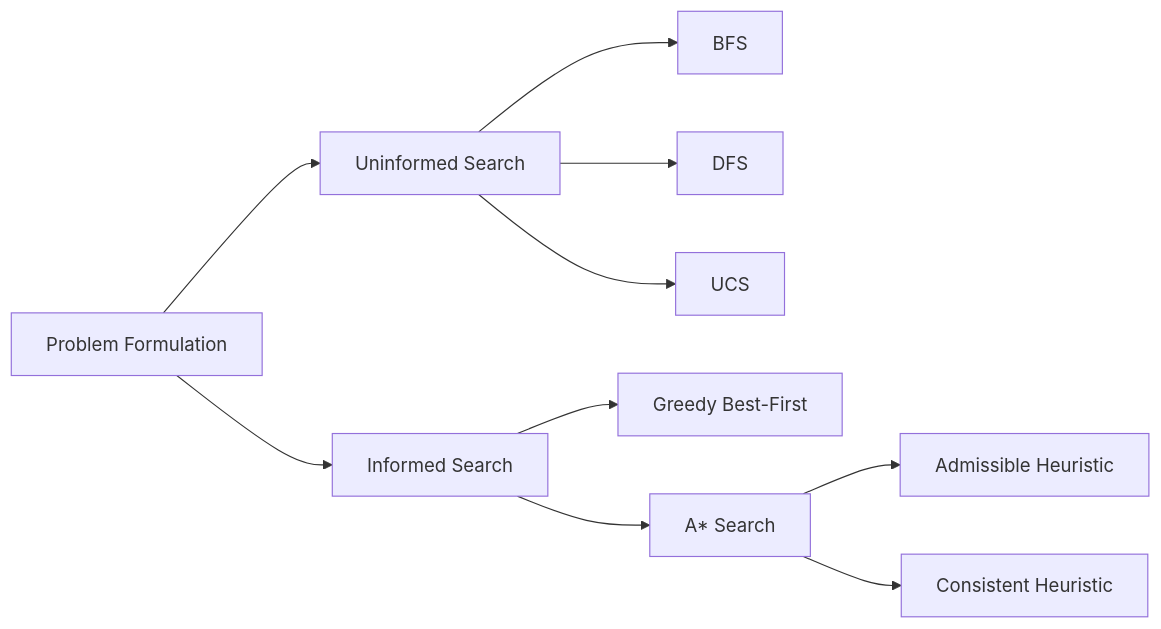
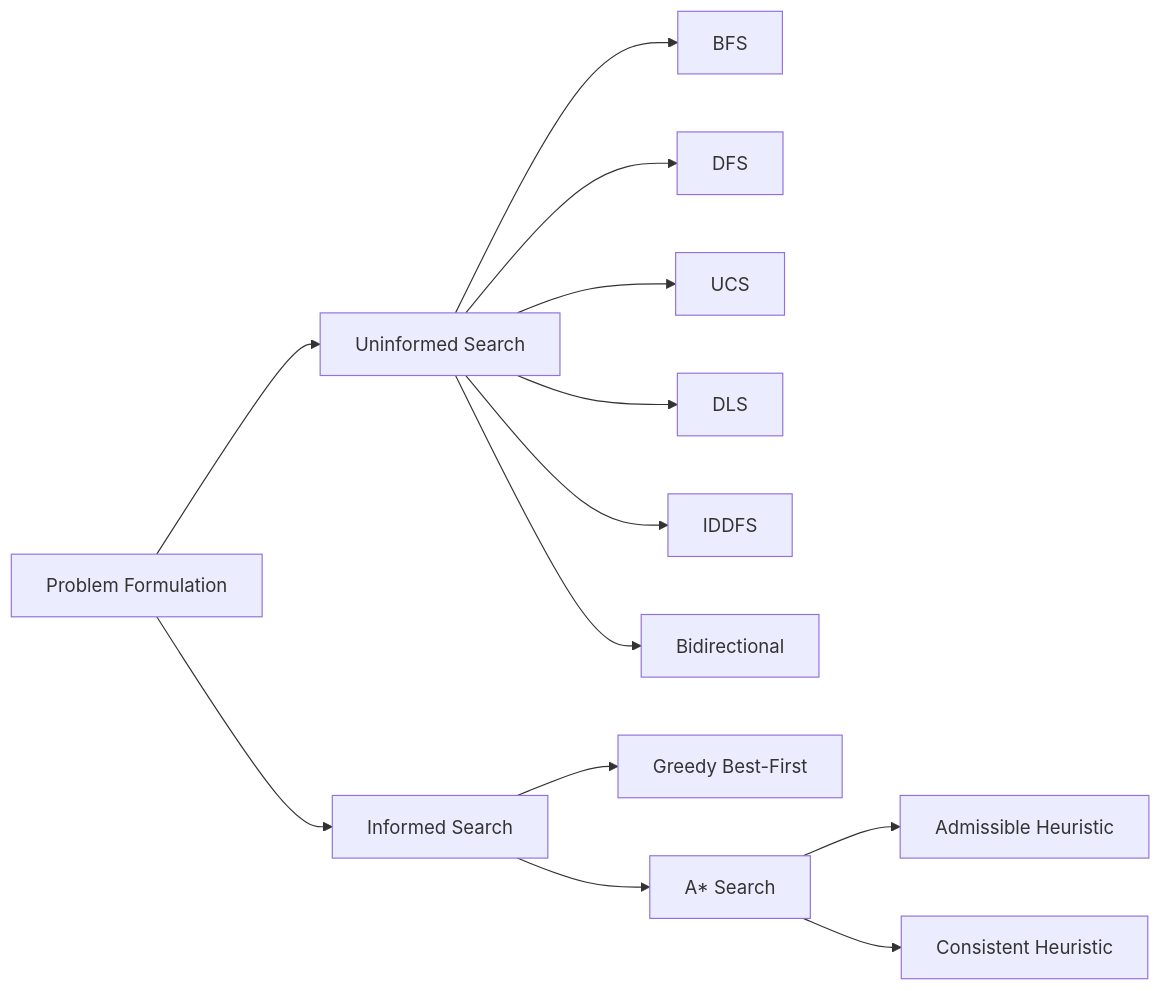
One commit to Raushan666java/ai-engineering-journey changed the diagram in docs/courses/artificial-intelligence/03-search.md. Above: the diagram before and after it, drawn with Mermaid. The commit also changed other lines of this file and 26 other files, not shown here.

````diff
--- a/docs/courses/artificial-intelligence/03-search.md
+++ b/docs/courses/artificial-intelligence/03-search.md
@@ -28,12 +53,15 @@
 ```mermaid
 flowchart LR
     A[Problem Formulation] --> B[Uninformed Search]
     A --> C[Informed Search]
     B --> D1[BFS]
     B --> D2[DFS]
     B --> D3[UCS]
+    B --> D4[DLS]
+    B --> D5[IDDFS]
+    B --> D6[Bidirectional]
     C --> E1[Greedy Best-First]
     C --> E2[A* Search]
     E2 --> F[Admissible Heuristic]
     E2 --> G[Consistent Heuristic]
 ```
````
